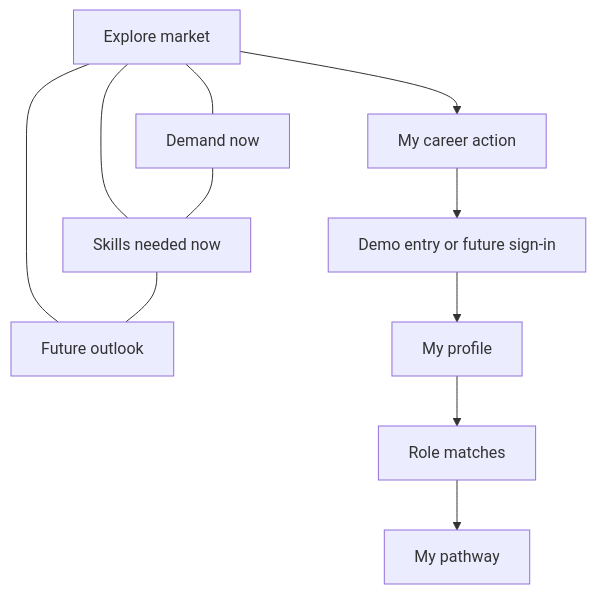
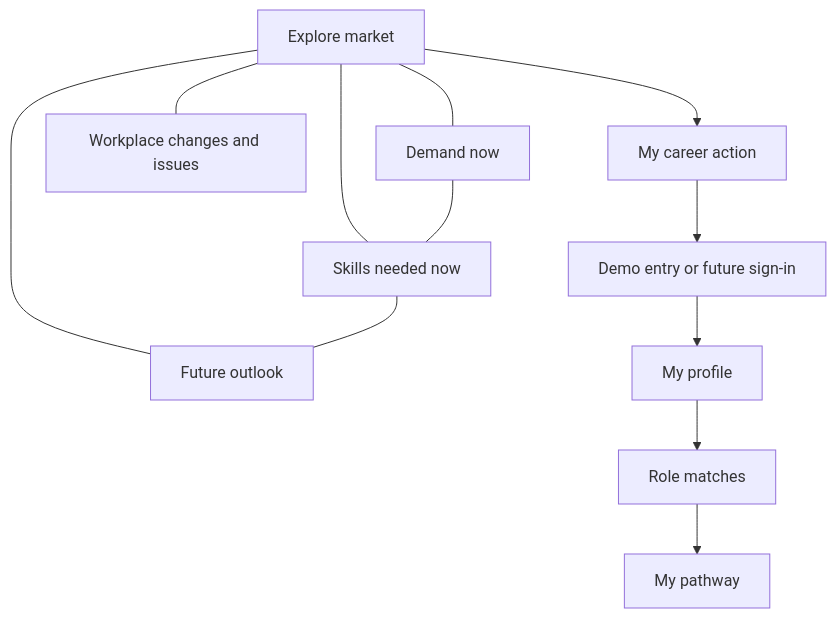
One commit to kairos8232/TomorrowWorks changed the diagram in README.md. Above: the diagram before and after it, drawn with Mermaid. The commit also changed other lines of this file and 4 other files, not shown here.

````diff
--- a/README.md
+++ b/README.md
@@ -41,13 +38,14 @@
 ```mermaid
 flowchart TD
     A[Explore market] --- B[Demand now]
     A --- C[Skills needed now]
     A --- D[Future outlook]
+    A --- J[Workplace changes and issues]
     B --- C
     C --- D
     A --> E[My career action]
     E --> F[Demo entry or future sign-in]
     F --> G[My profile]
     G --> H[Role matches]
     H --> I[My pathway]
 ```
````
